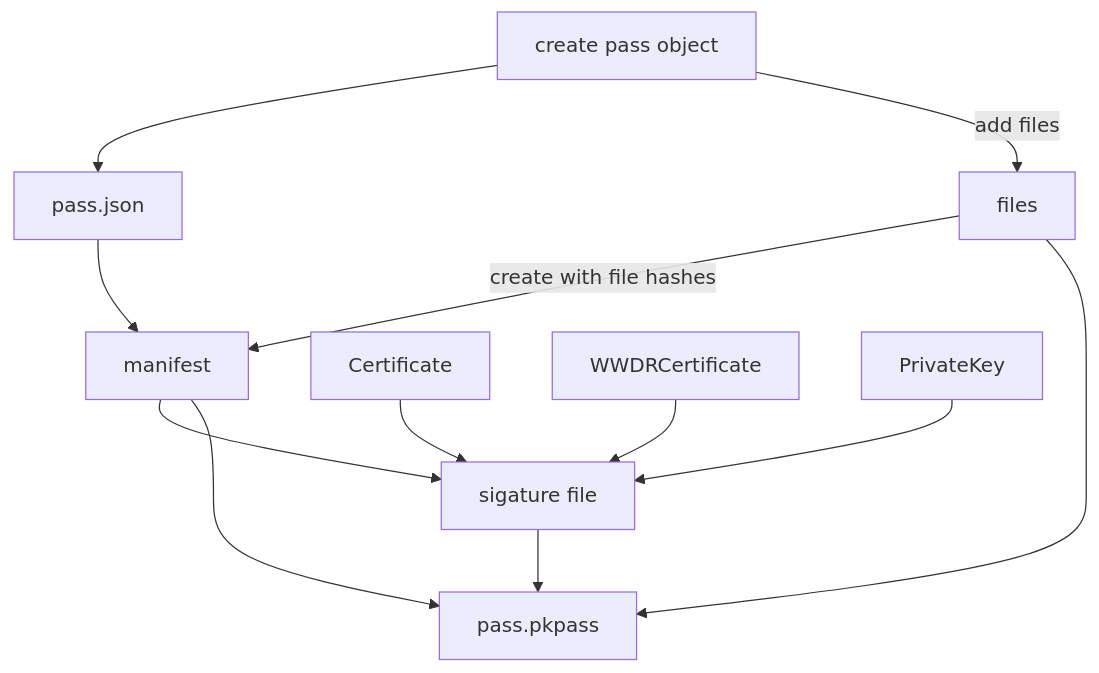
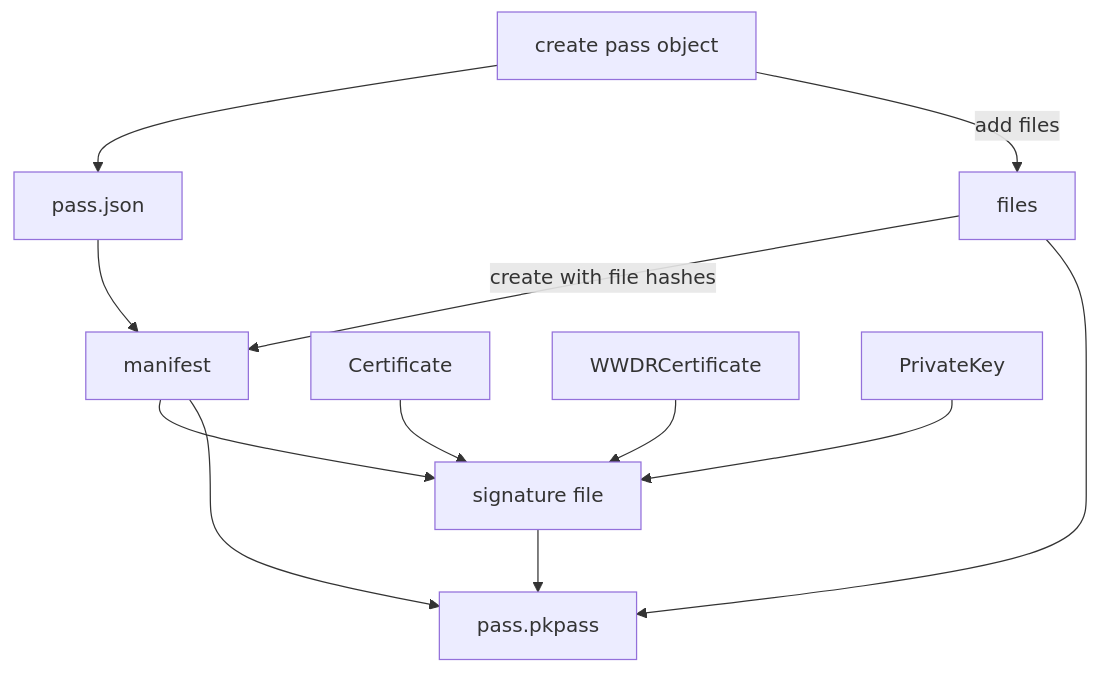
One commit to edutap-eu/edutap.wallet_apple changed the second of 2 diagrams in README.md. Above: the diagram before and after it, drawn with Mermaid. The commit also changed other lines of this file, not shown here.

````diff
--- a/README.md
+++ b/README.md
@@ -153,15 +153,15 @@
 ```mermaid
 flowchart TD
     CreatePass[create pass object]
     CreatePass --> PassJson[pass.json]
     CreatePass --> |add files| Files[files]
     PassJson --> Manifest[create manifest]
     Files --> |create with file hashes| Manifest[manifest]
-    Manifest --> Signature[sigature file]
+    Manifest --> Signature[signature file]
     Certificate --> Signature
     WWDRCertificate --> Signature
     PrivateKey --> Signature
     Signature --> PassFile[pass.pkpass ]
     Files --> PassFile
     Manifest --> PassFile
 ```
````
